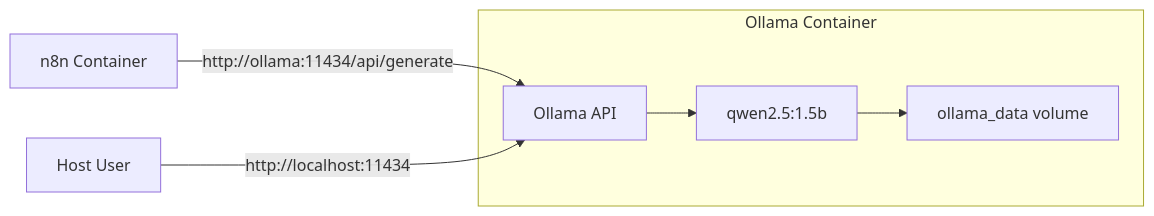
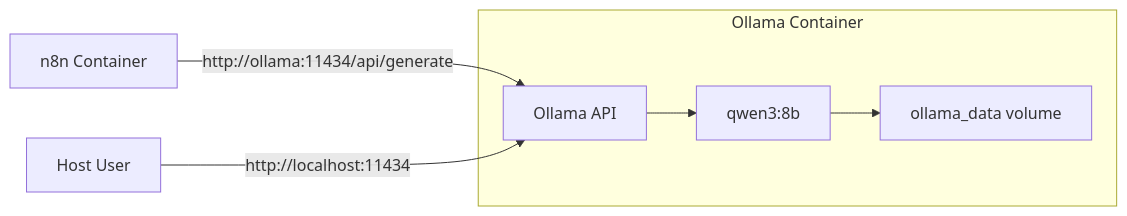
One commit to RegexCore/teamcity-n8n-automation-lab changed the fourth of 4 diagrams in README.md. Above: the diagram before and after it, drawn with Mermaid. The commit also changed other lines of this file and 3 other files, not shown here.

````diff
--- a/README.md
+++ b/README.md
@@ -618,10 +618,10 @@
 ```mermaid
 flowchart LR
   N8N[n8n Container] -->|http://ollama:11434/api/generate| OAPI[Ollama API]
   U[Host User] -->|http://localhost:11434| OAPI
 
   subgraph OLLAMAContainer[Ollama Container]
-    OAPI --> MODEL[qwen2.5:1.5b]
+    OAPI --> MODEL[qwen3:8b]
     MODEL --> STORE[ollama_data volume]
   end
 ```
````
